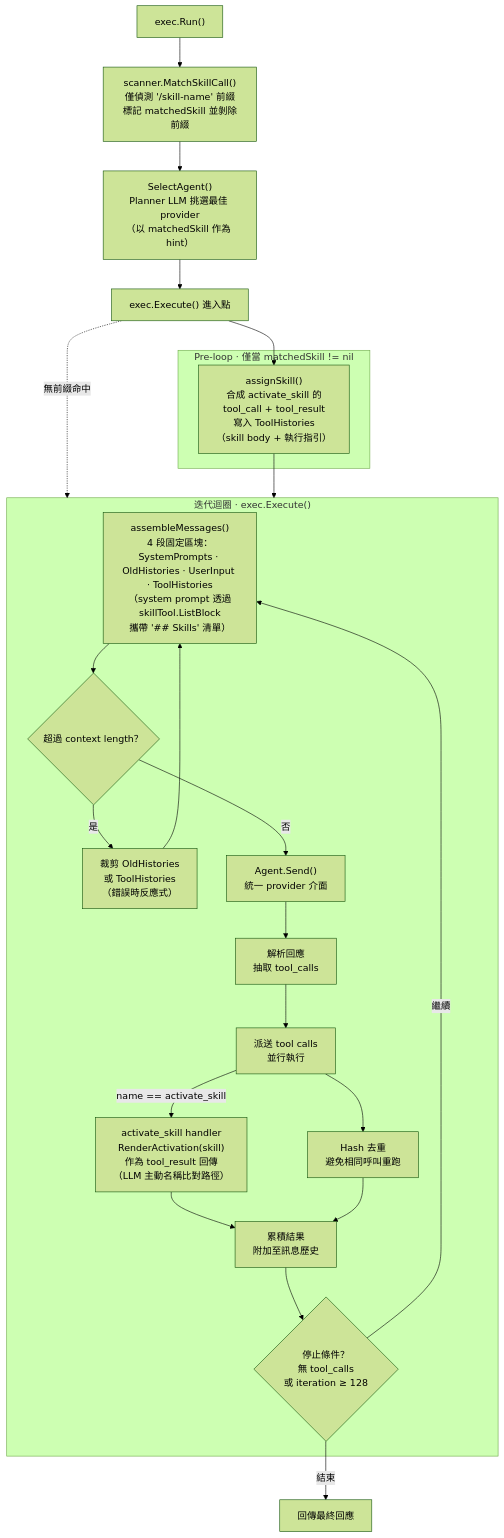
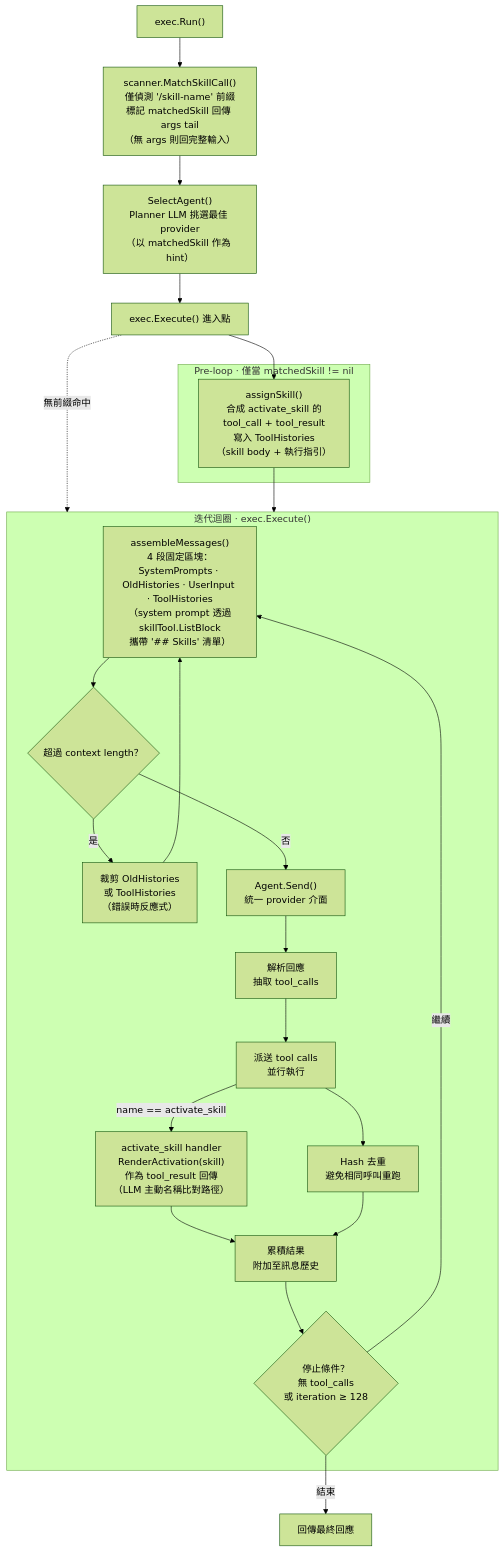
The second of 9 diagrams in doc/architecture.zh.md (pardnchiu/Agenvoy), drawn with Mermaid (forest theme) before and after one commit. The commit also changed other lines of this file and 10 other files, not shown here.

````diff
--- a/doc/architecture.zh.md
+++ b/doc/architecture.zh.md
@@ -54,45 +76,45 @@
 ```mermaid
 flowchart TD
     Run["exec.Run()"]
-    PrefixDetect["scanner.MatchSkillCall()\n僅偵測 '/skill-name' 前綴\n標記 matchedSkill 並剝除前綴"]
+    PrefixDetect["scanner.MatchSkillCall()\n僅偵測 '/skill-name' 前綴\n標記 matchedSkill 回傳 args tail\n（無 args 則回完整輸入）"]
     AgentScan["SelectAgent()\nPlanner LLM 挑選最佳 provider\n（以 matchedSkill 作為 hint）"]
     Enter["exec.Execute() 進入點"]
 
     subgraph Preseed ["Pre-loop · 僅當 matchedSkill != nil"]
         AssignSynth["assignSkill()\n合成 activate_skill 的\ntool_call + tool_result\n寫入 ToolHistories\n（skill body + 執行指引）"]
     end
 
     subgraph Loop ["迭代迴圈 · exec.Execute()"]
         Assemble["assembleMessages()\n4 段固定區塊：\nSystemPrompts · OldHistories · UserInput · ToolHistories\n（system prompt 透過\nskillTool.ListBlock\n攜帶 '## Skills' 清單）"]
         ReactTrim{"超過 context length？"}
         TrimOld["裁剪 OldHistories\n或 ToolHistories\n（錯誤時反應式）"]
         Send["Agent.Send()\n統一 provider 介面"]
         Parse["解析回應\n抽取 tool_calls"]
         Dispatch["派送 tool calls\n並行執行"]
         SkillToolCall["activate_skill handler\nRenderActivation(skill)\n作為 tool_result 回傳\n（LLM 主動名稱比對路徑）"]
         Dedup["Hash 去重\n避免相同呼叫重跑"]
         Accum["累積結果\n附加至訊息歷史"]
         Check{"停止條件？\n無 tool_calls\n或 iteration ≥ 128"}
     end
 
     Done["回傳最終回應"]
 
     Run --> PrefixDetect
     PrefixDetect --> AgentScan
     AgentScan --> Enter
     Enter --> AssignSynth
     Enter -.->|"無前綴命中"| Loop
     AssignSynth --> Loop
     Assemble --> ReactTrim
     ReactTrim -->|"是"| TrimOld --> Assemble
     ReactTrim -->|"否"| Send
     Send --> Parse
     Parse --> Dispatch
     Dispatch -->|"name == activate_skill"| SkillToolCall
     SkillToolCall --> Accum
     Dispatch --> Dedup
     Dedup --> Accum
     Accum --> Check
     Check -->|"繼續"| Assemble
     Check -->|"結束"| Done
 ```
````
